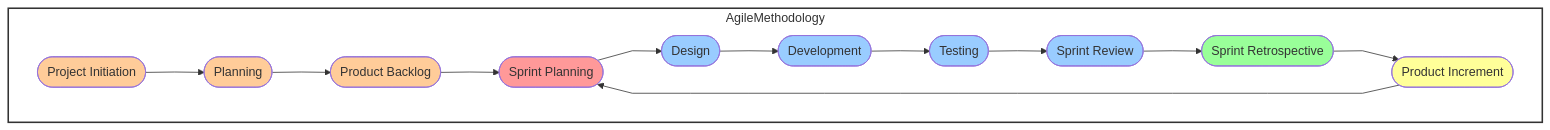
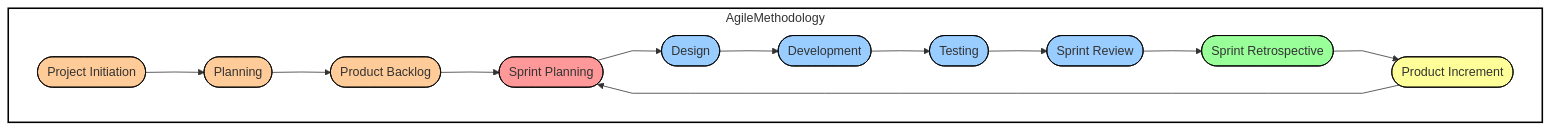
Before and after one commit to FarisAlmutairi305/DirectoryStructures305: the first of 5 diagrams in README.md, drawn with Mermaid.

````diff
--- a/README.md
+++ b/README.md
@@ -2,32 +2,31 @@
 ```mermaid
-%%{ init: { 'flowchart': { 'curve': 'linear', 'direction': 'LR' } } }%%
+%%{ init: { 'themeVariables': { 'fontFamily': 'Arial', 'fontSize': '16px', 'primaryColor': '#000000', 'edgeLabelBackground': '#ffffff', 'tertiaryColor': '#ffffff' }, 'flowchart': { 'curve': 'linear', 'direction': 'LR' } } }%%
 flowchart LR
     subgraph AgileMethodology
         direction LR
-        style AgileMethodology fill:#ffffff,stroke:#333,stroke-width:2px
+        style AgileMethodology fill:#ffffff,stroke:#000000,stroke-width:2px
 
         Start([Project Initiation]) --> Planning([Planning])
         Planning --> Backlog([Product Backlog])
         Backlog --> SprintPlanning([Sprint Planning])
         SprintPlanning --> Design([Design])
         Design --> Development([Development])
         Development --> Testing([Testing])
         Testing --> Review([Sprint Review])
         Review --> Retrospective([Sprint Retrospective])
         Retrospective --> Increment([Product Increment])
         Increment --> SprintPlanning
     end
 
-    style Start fill:#FFCC99
-    style Planning fill:#FFCC99
-    style Backlog fill:#FFCC99
-    style SprintPlanning fill:#FF9999
-    style Design fill:#99CCFF
-    style Development fill:#99CCFF
-    style Testing fill:#99CCFF
-    style Review fill:#99CCFF
-    style Retrospective fill:#99FF99
-    style Increment fill:#FFFF99
-
+    style Start fill:#FFCC99,stroke:#000000
+    style Planning fill:#FFCC99,stroke:#000000
+    style Backlog fill:#FFCC99,stroke:#000000
+    style SprintPlanning fill:#FF9999,stroke:#000000
+    style Design fill:#99CCFF,stroke:#000000
+    style Development fill:#99CCFF,stroke:#000000
+    style Testing fill:#99CCFF,stroke:#000000
+    style Review fill:#99CCFF,stroke:#000000
+    style Retrospective fill:#99FF99,stroke:#000000
+    style Increment fill:#FFFF99,stroke:#000000
 
 ```
````
